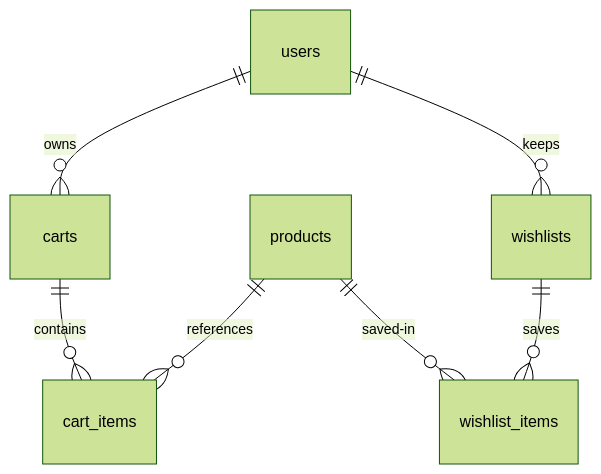
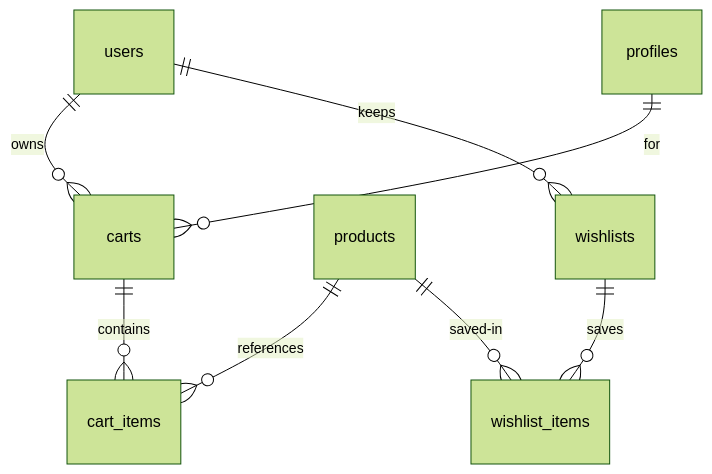
The diagram in DOC/backend/05-Cart-Wishlist.md (UnmarriedIdentity/the-unlugged-wear), drawn with Mermaid (forest theme) before and after one commit. The commit also changed other lines of this file and 9 other files, not shown here.

````diff
--- a/DOC/backend/05-Cart-Wishlist.md
+++ b/DOC/backend/05-Cart-Wishlist.md
@@ -86,9 +96,10 @@
 ```mermaid
 erDiagram
     users ||--o{ carts : owns
+    profiles ||--o{ carts : for
     carts ||--o{ cart_items : contains
     products ||--o{ cart_items : references
     users ||--o{ wishlists : keeps
     wishlists ||--o{ wishlist_items : saves
     products ||--o{ wishlist_items : saved-in
 ```
````
